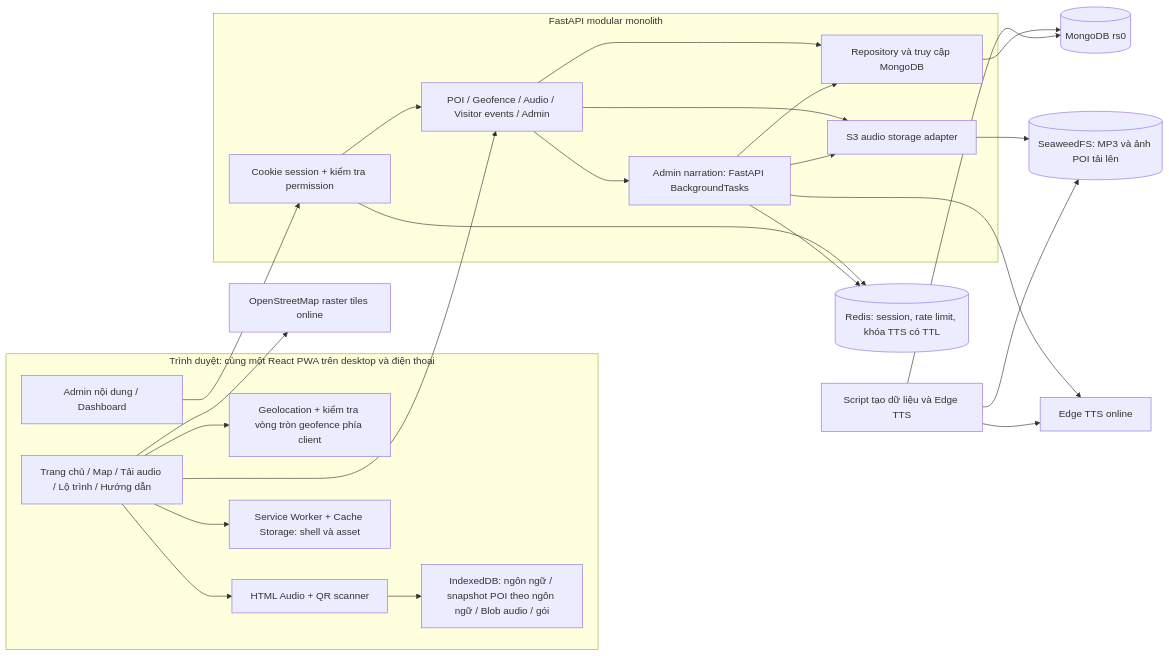
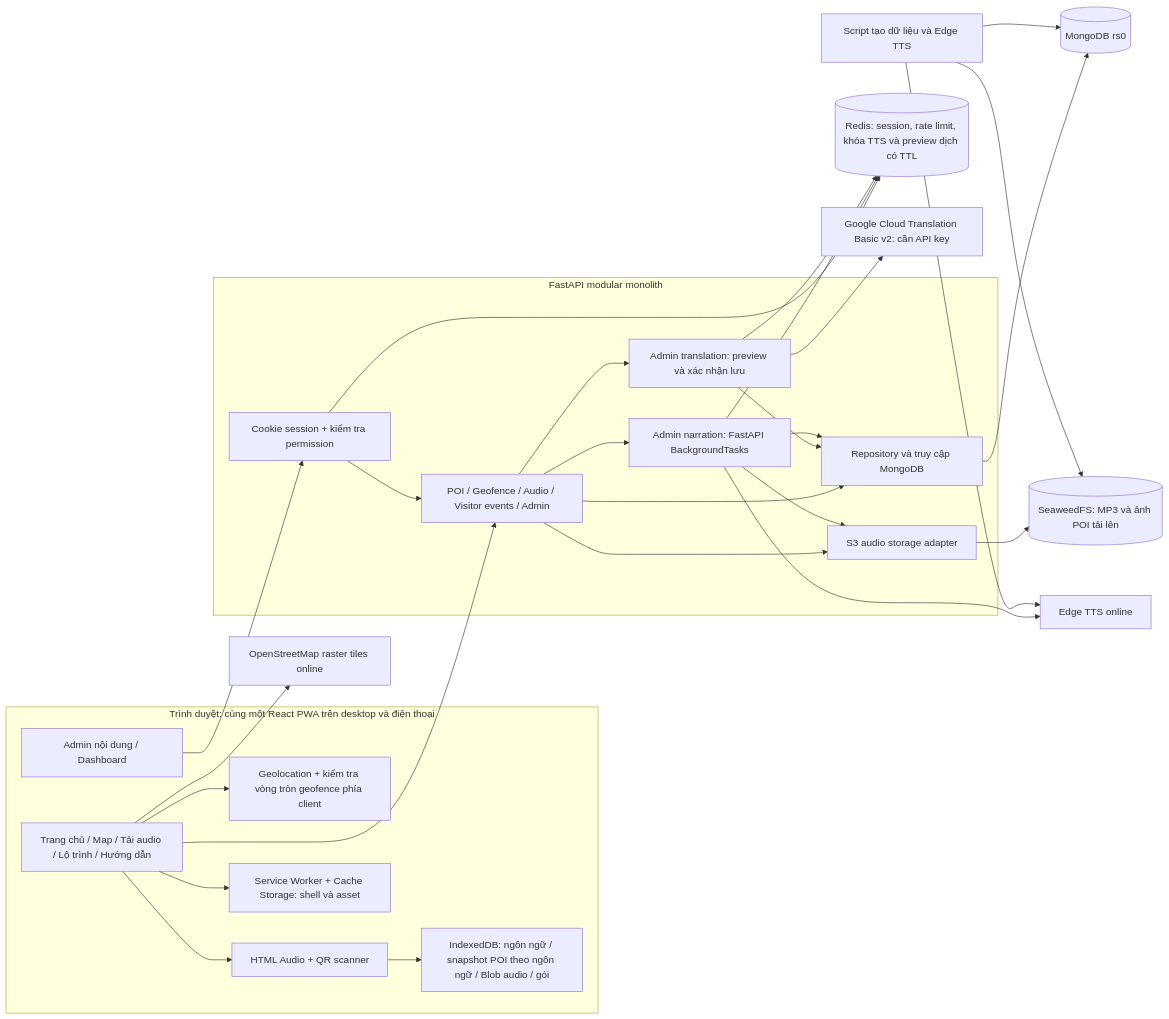
One commit to BXXOYOUNG/multilingual-guide-services-saigon-zoo changed the first of 3 diagrams in docs/CURRENT_ARCHITECTURE.md. Above: the diagram before and after it, drawn with Mermaid. The commit also changed other lines of this file and 18 other files, not shown here.

Commit message:
Add reviewed admin translation preview and commit workflow

````diff
--- a/docs/CURRENT_ARCHITECTURE.md
+++ b/docs/CURRENT_ARCHITECTURE.md
@@ -17,39 +17,44 @@
 ```mermaid
 flowchart LR
   subgraph Browser[Trình duyệt: cùng một React PWA trên desktop và điện thoại]
     Visitor[Trang chủ / Map / Tải audio / Lộ trình / Hướng dẫn]
     Admin[Admin nội dung / Dashboard]
     Geo[Geolocation + kiểm tra vòng tròn geofence phía client]
     Player[HTML Audio + QR scanner]
     IDB[IndexedDB: ngôn ngữ / snapshot POI theo ngôn ngữ / Blob audio / gói]
     SW[Service Worker + Cache Storage: shell và asset]
     Visitor --> Geo
     Visitor --> Player
     Player --> IDB
     Visitor --> SW
   end
   subgraph API[FastAPI modular monolith]
     Routes[POI / Geofence / Audio / Visitor events / Admin]
     Auth[Cookie session + kiểm tra permission]
     Repos[Repository và truy cập MongoDB]
     Storage[S3 audio storage adapter]
     TTS[Admin narration: FastAPI BackgroundTasks]
+    MT[Admin translation: preview và xác nhận lưu]
     Routes --> Repos
     Routes --> Storage
     Routes --> TTS
+    Routes --> MT
+    MT --> Repos
     TTS --> Repos
     TTS --> Storage
     Auth --> Routes
   end
   Visitor --> Routes
   Admin --> Auth
-  Auth --> Redis[(Redis: session, rate limit, khóa TTS có TTL)]
+  Auth --> Redis[(Redis: session, rate limit, khóa TTS và preview dịch có TTL)]
   TTS --> Redis
   TTS --> Edge[Edge TTS online]
+  MT --> Google[Google Cloud Translation Basic v2: cần API key]
+  MT --> Redis
   Repos --> Mongo[(MongoDB rs0)]
   Storage --> S3[(SeaweedFS: MP3 và ảnh POI tải lên)]
   Seed[Script tạo dữ liệu và Edge TTS] --> Mongo
   Seed --> S3
   Seed --> Edge
   Visitor --> OSM[OpenStreetMap raster tiles online]
 ```
````
